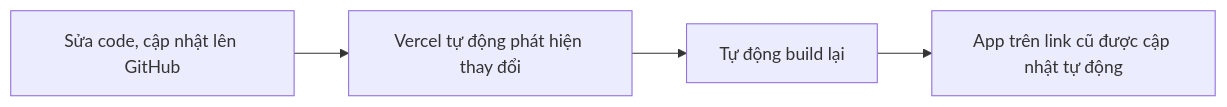
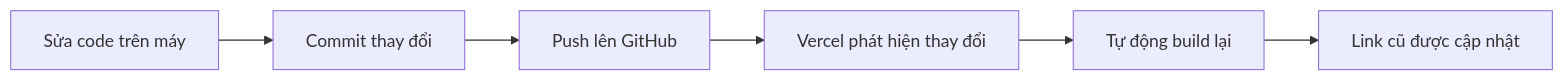
Before and after one commit to AlanKhan145/course-knowledge-base: the second of 2 diagrams in khoa-hoc-vibe-coding-co-ban/Module 05 - Thuc Hanh Du An Vibe Code/16-deploy-len-vercel.md, drawn with Mermaid. The commit also changed other lines of this file and 19 other files, not shown here.

````diff
--- a/khoa-hoc-vibe-coding-co-ban/Module 05 - Thuc Hanh Du An Vibe Code/16-deploy-len-vercel.md
+++ b/khoa-hoc-vibe-coding-co-ban/Module 05 - Thuc Hanh Du An Vibe Code/16-deploy-len-vercel.md
@@ -76,6 +191,8 @@
 ```mermaid
 flowchart LR
-    A["Sửa code, cập nhật lên GitHub"] --> B["Vercel tự động phát hiện thay đổi"]
-    B --> C["Tự động build lại"]
-    C --> D["App trên link cũ được cập nhật tự động"]
+    A["Sửa code trên máy"] --> B["Commit thay đổi"]
+    B --> C["Push lên GitHub"]
+    C --> D["Vercel phát hiện thay đổi"]
+    D --> E["Tự động build lại"]
+    E --> F["Link cũ được cập nhật"]
 ```
````
